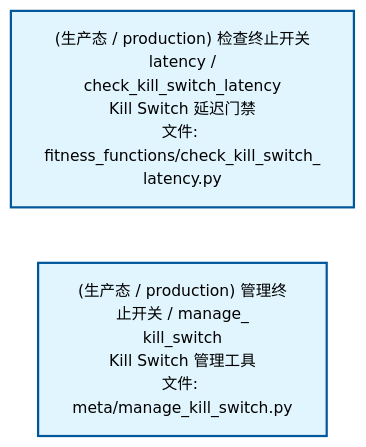
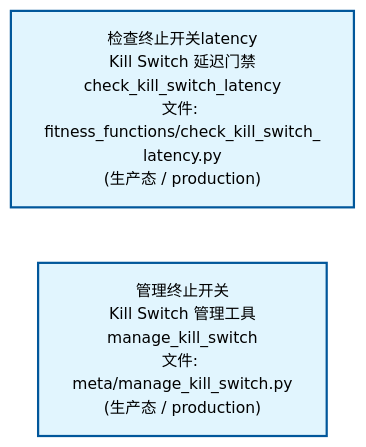
The second of 3 diagrams in docs/02_enterprise_architecture/02_domain_architecture_docs/34_d_autonomy_perm.md (xuanFelixVan/ZephyrAlpha), drawn with Mermaid before and after one commit. The commit also changed other lines of this file and 62 other files, not shown here.

````diff
--- a/docs/02_enterprise_architecture/02_domain_architecture_docs/34_d_autonomy_perm.md
+++ b/docs/02_enterprise_architecture/02_domain_architecture_docs/34_d_autonomy_perm.md
@@ -75,12 +75,12 @@
 ```mermaid
 %%{init: {'theme': 'base', 'themeVariables': {'primaryColor': '#eaeaea', 'primaryTextColor': '#333333', 'primaryBorderColor': '#666666', 'lineColor': '#666666', 'secondaryColor': '#eaeaea', 'tertiaryColor': '#eaeaea', 'fontSize': '14px'}}}%%
 flowchart TD
-    scripts_arch_guard_fitness_functions_check_kill_switch_latency_py["(生产态 / production) 检查终止开关latency /<br/>check_kill_switch_latency<br/>Kill Switch 延迟门禁<br/>文件: fitness_functions/check_kill_switch_<br/>latency.py"]
-    scripts_governance_meta_manage_kill_switch_py["(生产态 / production) 管理终止开关 / manage_<br/>kill_switch<br/>Kill Switch 管理工具<br/>文件: meta/manage_kill_switch.py"]
+    scripts_arch_guard_fitness_functions_check_kill_switch_latency_py["检查终止开关latency<br/>Kill Switch 延迟门禁<br/>check_kill_switch_latency<br/>文件: fitness_functions/check_kill_switch_<br/>latency.py<br/>(生产态 / production)"]
+    scripts_governance_meta_manage_kill_switch_py["管理终止开关<br/>Kill Switch 管理工具<br/>manage_kill_switch<br/>文件: meta/manage_kill_switch.py<br/>(生产态 / production)"]
     scripts_arch_guard_fitness_functions_check_kill_switch_latency_py ~~~ scripts_governance_meta_manage_kill_switch_py
     classDef production fill:#e1f5fe,stroke:#01579b,stroke-width:2px,color:#000
     classDef design fill:#fff3e0,stroke:#e65100,stroke-width:2px,color:#000,stroke-dasharray: 5 5
     classDef external_prod fill:#e8f4fd,stroke:#0277bd,stroke-width:1px,color:#000
     classDef external_design fill:#fff8e7,stroke:#ef6c00,stroke-width:1px,color:#000,stroke-dasharray: 5 5
     class scripts_arch_guard_fitness_functions_check_kill_switch_latency_py,scripts_governance_meta_manage_kill_switch_py production
 ```
````
